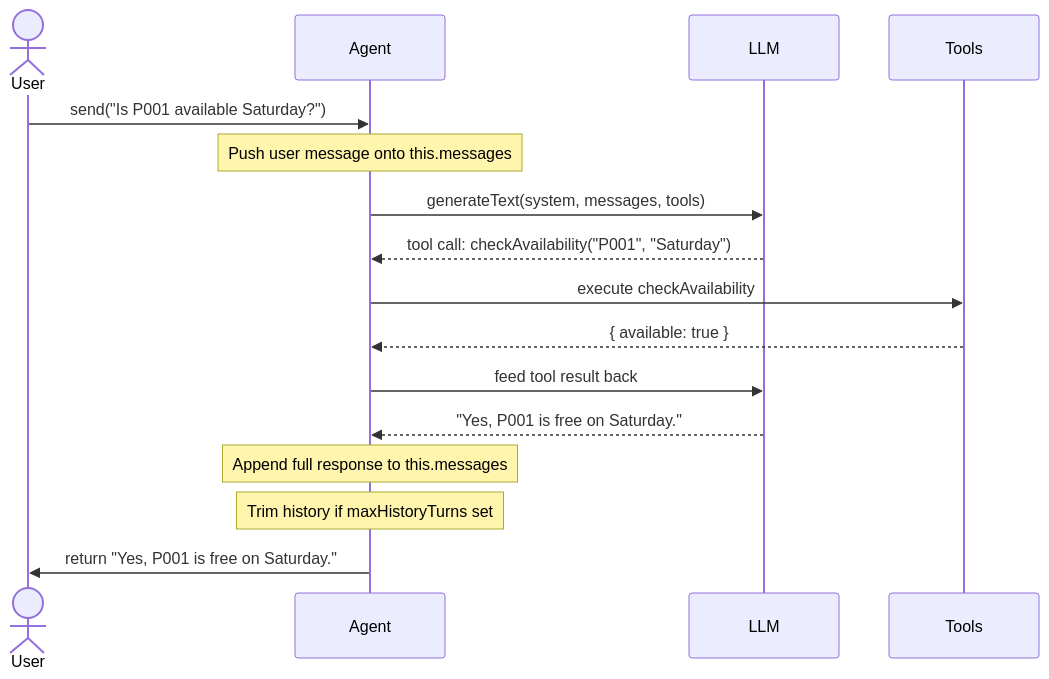
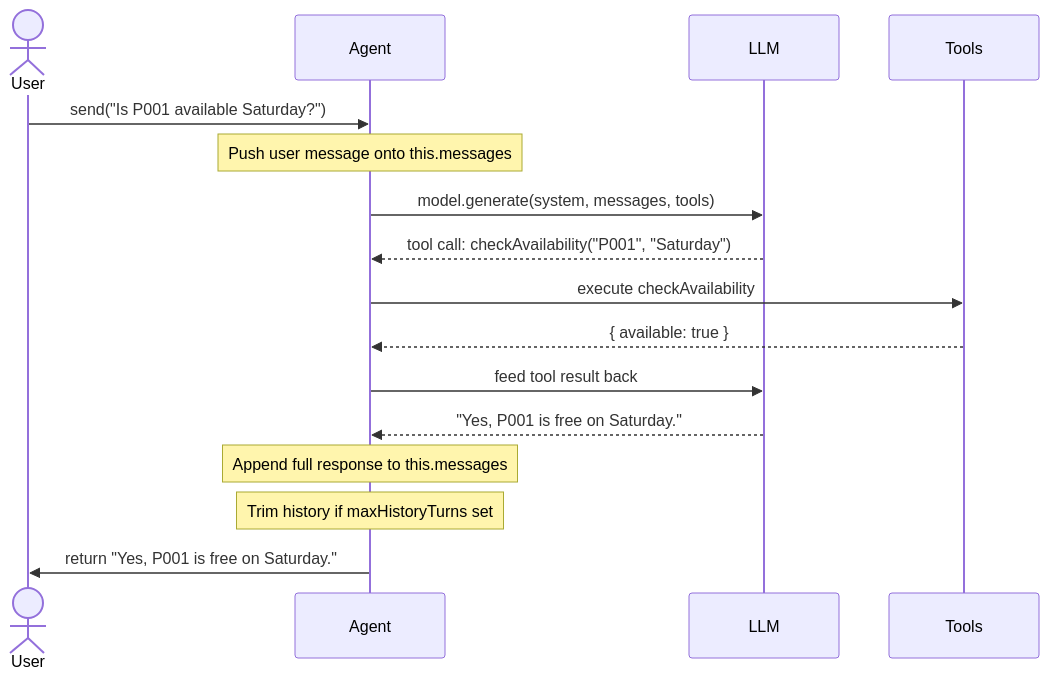
Before and after one commit to krenova/vercel-agentic-scaffold: the third of 6 diagrams in DOCUMENTATION/session_store.md, drawn with Mermaid. The commit also changed other lines of this file and 28 other files, not shown here.

````diff
--- a/DOCUMENTATION/session_store.md
+++ b/DOCUMENTATION/session_store.md
@@ -107,19 +107,19 @@
 ```mermaid
 sequenceDiagram
     actor User
     participant Agent
     participant LLM
     participant Tools
 
     User->>Agent: send("Is P001 available Saturday?")
     Note over Agent: Push user message onto this.messages
-    Agent->>LLM: generateText(system, messages, tools)
+    Agent->>LLM: model.generate(system, messages, tools)
     LLM-->>Agent: tool call: checkAvailability("P001", "Saturday")
     Agent->>Tools: execute checkAvailability
     Tools-->>Agent: { available: true }
     Agent->>LLM: feed tool result back
     LLM-->>Agent: "Yes, P001 is free on Saturday."
     Note over Agent: Append full response to this.messages
     Note over Agent: Trim history if maxHistoryTurns set
     Agent->>User: return "Yes, P001 is free on Saturday."
 ```
````
